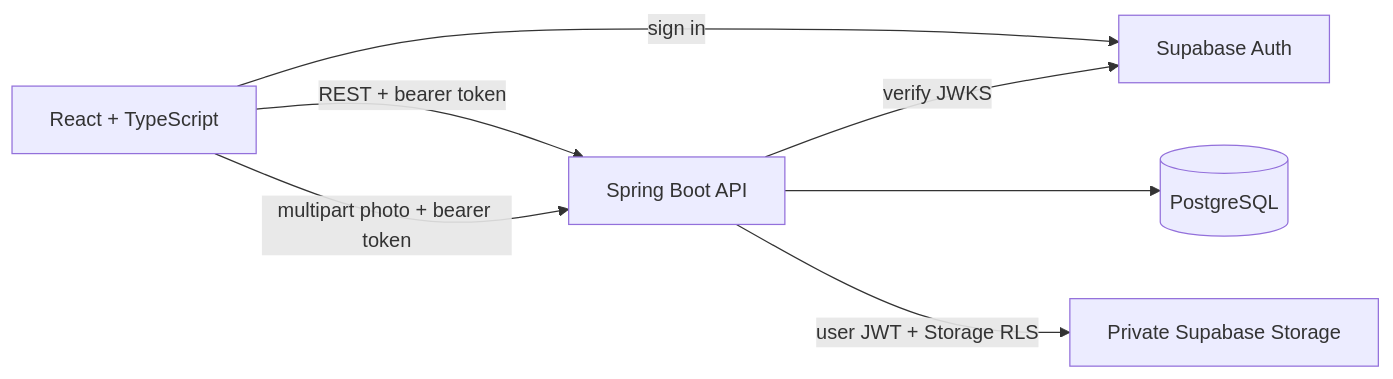
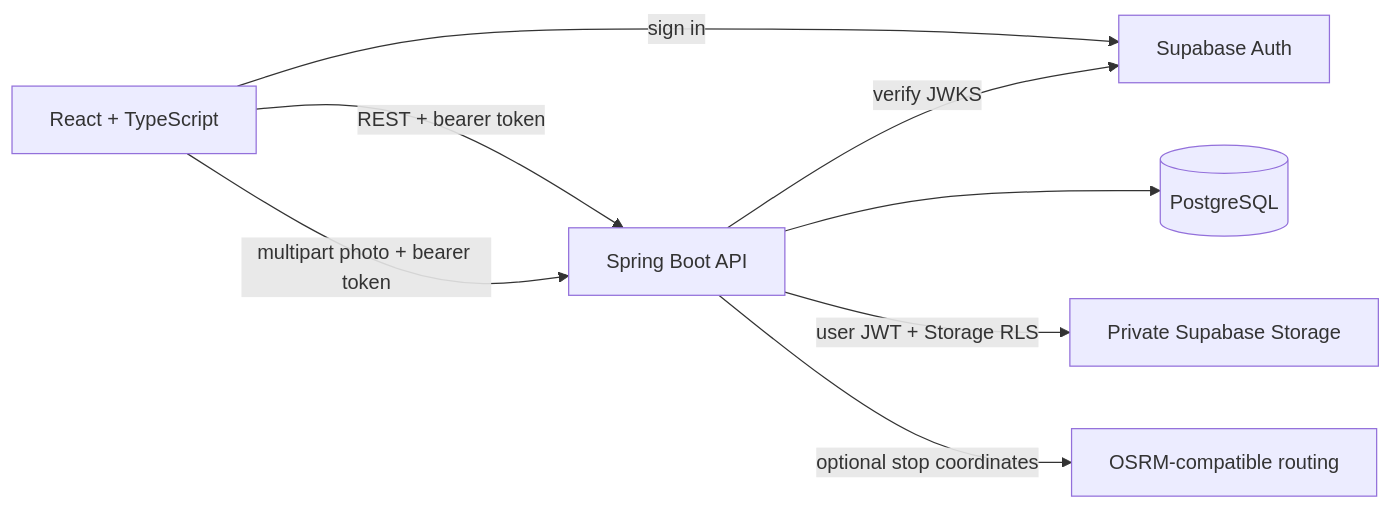
The first of 2 diagrams in docs/architecture/architecture.md (ilynet-0302/Travel-Memory-Map), drawn with Mermaid before and after one commit. The commit also changed other lines of this file and 14 other files, not shown here.

````diff
--- a/docs/architecture/architecture.md
+++ b/docs/architecture/architecture.md
@@ -5,9 +5,10 @@
 ```mermaid
 flowchart LR
     Browser[React + TypeScript] -->|REST + bearer token| API[Spring Boot API]
     Browser -->|sign in| Auth[Supabase Auth]
     API -->|verify JWKS| Auth
     API --> DB[(PostgreSQL)]
     Browser -->|multipart photo + bearer token| API
     API -->|user JWT + Storage RLS| Storage[Private Supabase Storage]
+    API -->|optional stop coordinates| Routing[OSRM-compatible routing]
 ```
````
